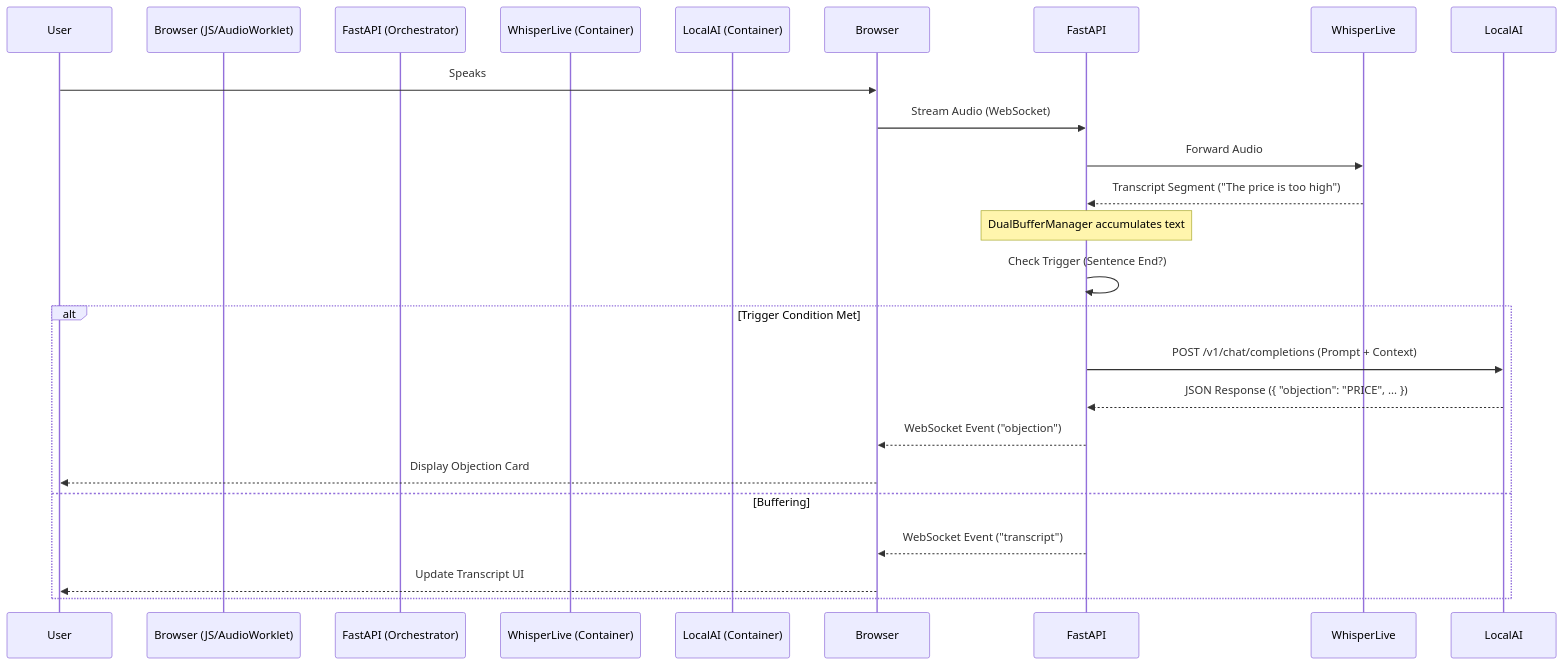
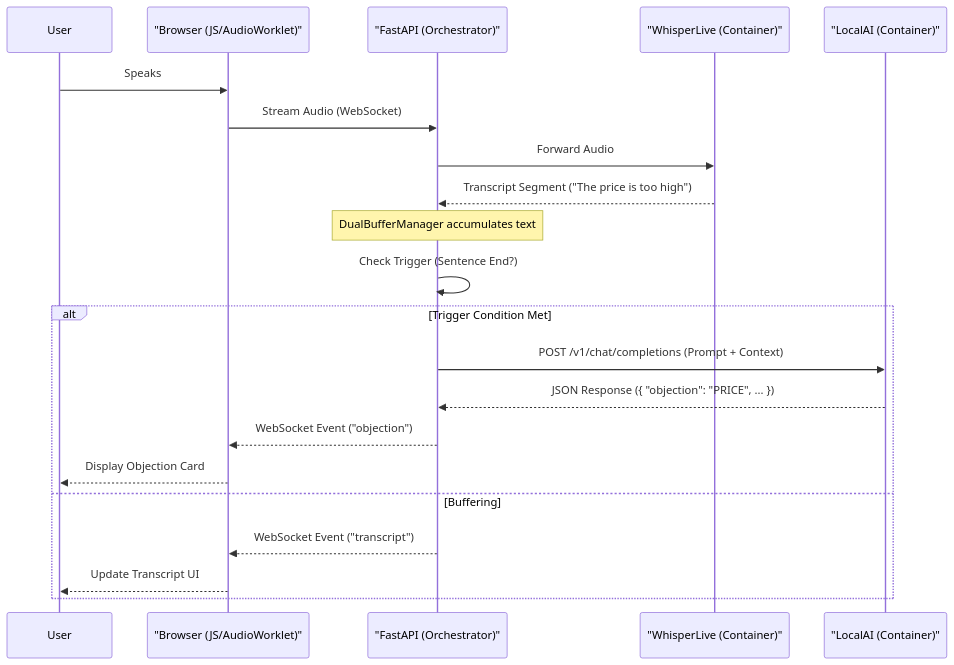
Before and after one commit to eccentricnode/sales-rpg-ai: the diagram in docs/architecture_notes.md, drawn with Mermaid. The commit also changed 1 other file, not shown here.

Commit message:
second doc attempt

````diff
--- a/docs/architecture_notes.md
+++ b/docs/architecture_notes.md
@@ -86,27 +86,27 @@
 ```mermaid
 sequenceDiagram
     participant User
-    participant Browser (JS/AudioWorklet)
-    participant FastAPI (Orchestrator)
-    participant WhisperLive (Container)
-    participant LocalAI (Container)
+    participant Browser as "Browser (JS/AudioWorklet)"
+    participant FastAPI as "FastAPI (Orchestrator)"
+    participant WhisperLive as "WhisperLive (Container)"
+    participant LocalAI as "LocalAI (Container)"
 
     User->>Browser: Speaks
     Browser->>FastAPI: Stream Audio (WebSocket)
     FastAPI->>WhisperLive: Forward Audio
     WhisperLive-->>FastAPI: Transcript Segment ("The price is too high")
     
     Note over FastAPI: DualBufferManager accumulates text
     
     FastAPI->>FastAPI: Check Trigger (Sentence End?)
     
     alt Trigger Condition Met
         FastAPI->>LocalAI: POST /v1/chat/completions (Prompt + Context)
         LocalAI-->>FastAPI: JSON Response ({ "objection": "PRICE", ... })
         FastAPI-->>Browser: WebSocket Event ("objection")
         Browser-->>User: Display Objection Card
     else Buffering
         FastAPI-->>Browser: WebSocket Event ("transcript")
         Browser-->>User: Update Transcript UI
     end
 ```
````
